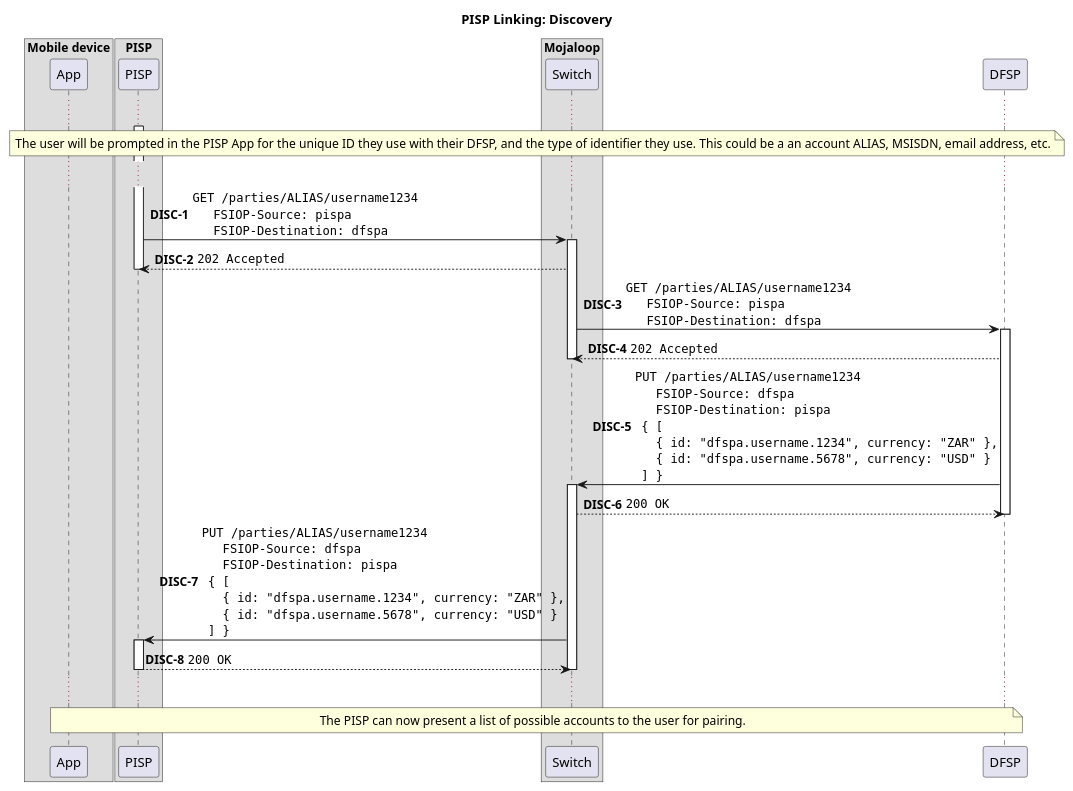
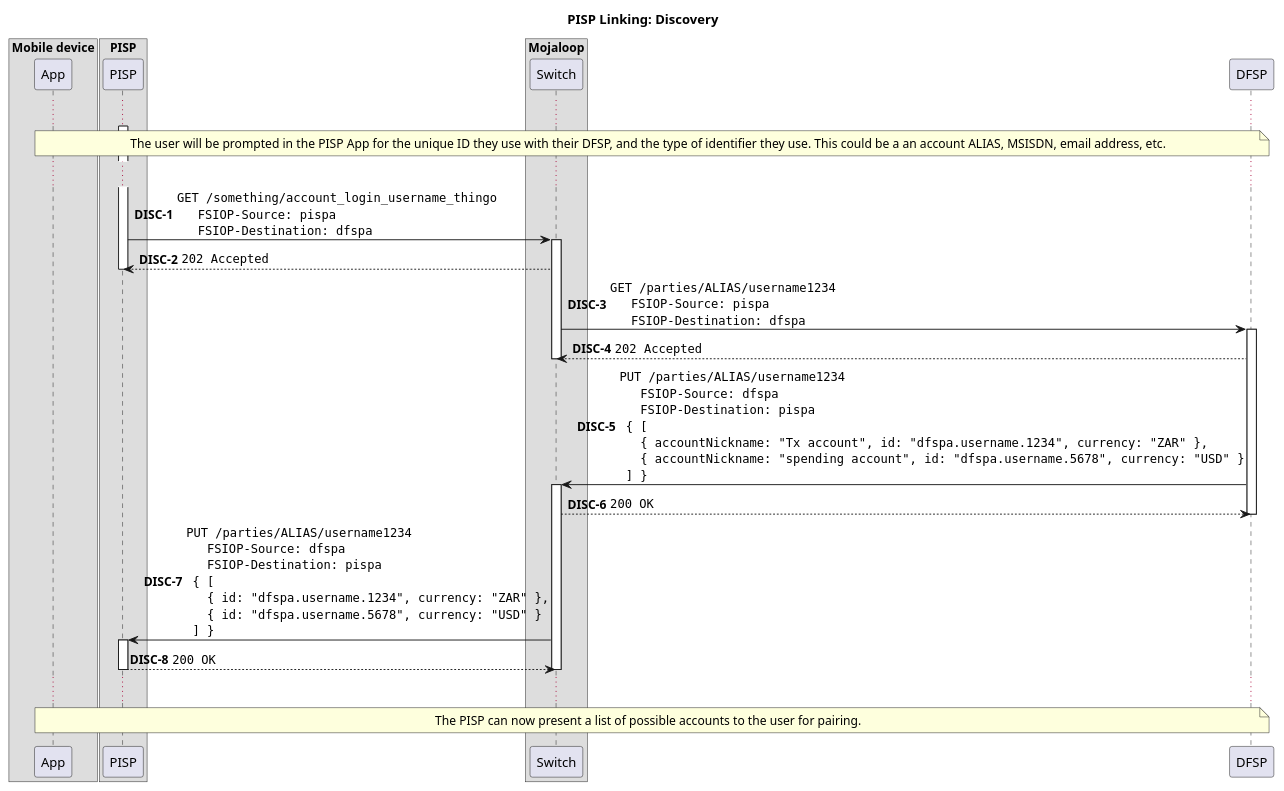
Before and after one commit to mojaloop/pisp-project: the diagram in docs/linking/1-discovery.puml, drawn with PlantUML. The commit also changed 2 other files, not shown here.

```diff
--- a/docs/linking/1-discovery.puml
+++ b/docs/linking/1-discovery.puml
@@ -1,69 +1,69 @@
 @startuml
 
 title PISP Linking: Discovery
 
 box "Mobile device"
     participant App
 end box
 
 box "PISP"
     participant PISP
 end box
 
 box "Mojaloop"
     participant Switch
 end box
 
 participant DFSP
 
 autonumber 1 "<b>DISC-#</b>"
 activate PISP
 
 ...
 
 note over App, DFSP
   The user will be prompted in the PISP App for the unique ID they use with their DFSP, and the type of identifier they use. This could be a an account ALIAS, MSISDN, email address, etc.
 end note
 
 ...
 
-PISP -> Switch ++: ""GET /parties/ALIAS/username1234""\n\
+PISP -> Switch ++: ""GET /something/account_login_username_thingo""\n\
   ""  FSIOP-Source: pispa""\n\
   ""  FSIOP-Destination: dfspa""
 Switch --> PISP: ""202 Accepted""
 deactivate PISP
 
 Switch -> DFSP ++: ""GET /parties/ALIAS/username1234""\n\
   ""  FSIOP-Source: pispa""\n\
   ""  FSIOP-Destination: dfspa""
 DFSP --> Switch: ""202 Accepted""
 deactivate Switch
 
 DFSP -> Switch ++: ""PUT /parties/ALIAS/username1234""\n\
   ""  FSIOP-Source: dfspa""\n\
   ""  FSIOP-Destination: pispa""\n\
   ""{ [""\n\
-  ""  { id: "dfspa.username.1234", currency: "ZAR" },""\n\
-  ""  { id: "dfspa.username.5678", currency: "USD" }""\n\
+  ""  { accountNickname: "Tx account", id: "dfspa.username.1234", currency: "ZAR" },""\n\
+  ""  { accountNickname: "spending account", id: "dfspa.username.5678", currency: "USD" }""\n\
   ""] }""
 Switch --> DFSP: ""200 OK""
 deactivate DFSP
 
 Switch -> PISP ++: ""PUT /parties/ALIAS/username1234""\n\
   ""  FSIOP-Source: dfspa""\n\
   ""  FSIOP-Destination: pispa""\n\
   ""{ [""\n\
   ""  { id: "dfspa.username.1234", currency: "ZAR" },""\n\
   ""  { id: "dfspa.username.5678", currency: "USD" }""\n\
   ""] }""
 PISP --> Switch: ""200 OK""
 deactivate Switch
 deactivate PISP
 
 ...
 
 note over App, DFSP
   The PISP can now present a list of possible accounts to the user for pairing.
 end note
 
 @enduml
```
